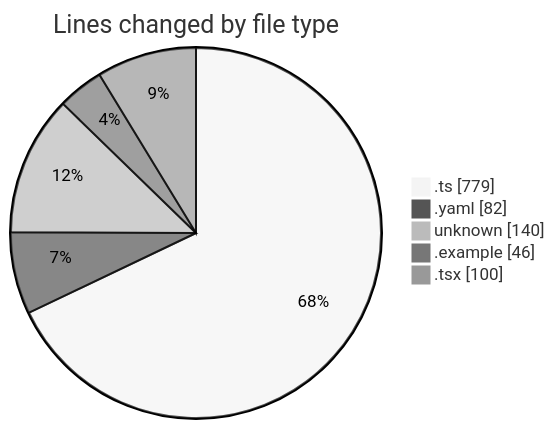
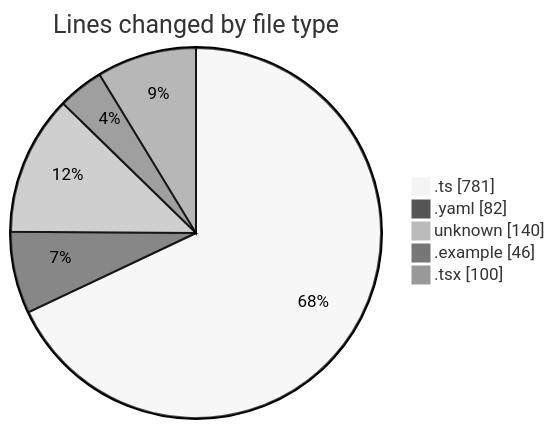
Before and after one commit to mevix1/code-tracking: the first of 2 diagrams in 2025-10-01/open-health/README.md, drawn with Mermaid (neutral theme). The commit also changed other lines of this file and 1 other file, not shown here.

````diff
--- a/2025-10-01/open-health/README.md
+++ b/2025-10-01/open-health/README.md
@@ -29,9 +29,9 @@
 ```mermaid
 pie showData
 title Lines changed by file type
-".ts" : 779
+".ts" : 781
 ".yaml" : 82
 "unknown" : 140
 ".example" : 46
 ".tsx" : 100
 ```
````
